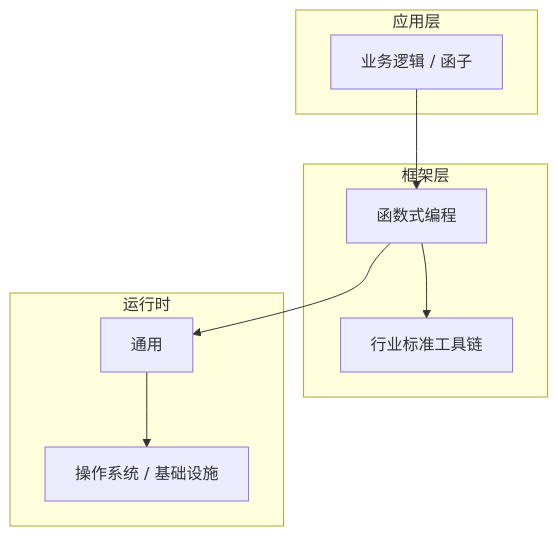
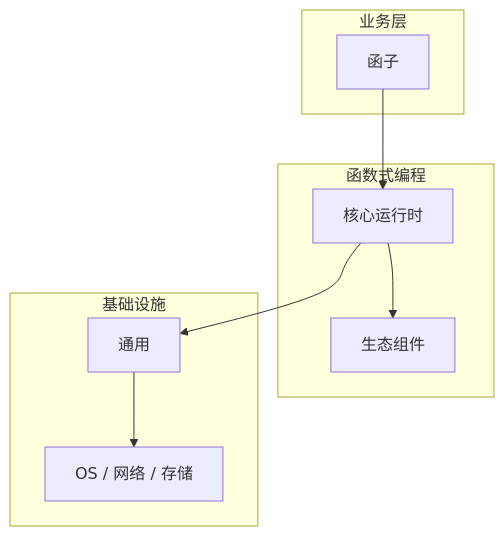
The diagram in articles/函数式编程/chapters/041-函子核心概念与原理.md (yanggan2015/knowledge-json-v2), drawn with Mermaid before and after one commit. The commit also changed other lines of this file and 10127 other files, not shown here.

````diff
--- a/articles/函数式编程/chapters/041-函子核心概念与原理.md
+++ b/articles/函数式编程/chapters/041-函子核心概念与原理.md
@@ -45,18 +34,18 @@
 ```mermaid
 graph TB
-    subgraph 应用层
-        A[业务逻辑 / 函子]
+    subgraph 业务层
+        A[函子]
     end
-    subgraph 框架层
-        B[函数式编程]
-        C[行业标准工具链]
+    subgraph 函数式编程
+        B[核心运行时]
+        C[生态组件]
     end
-    subgraph 运行时
+    subgraph 基础设施
         D[通用]
-        E[操作系统 / 基础设施]
+        E[OS / 网络 / 存储]
     end
     A --> B
     B --> C
     B --> D
     D --> E
 ```
````
